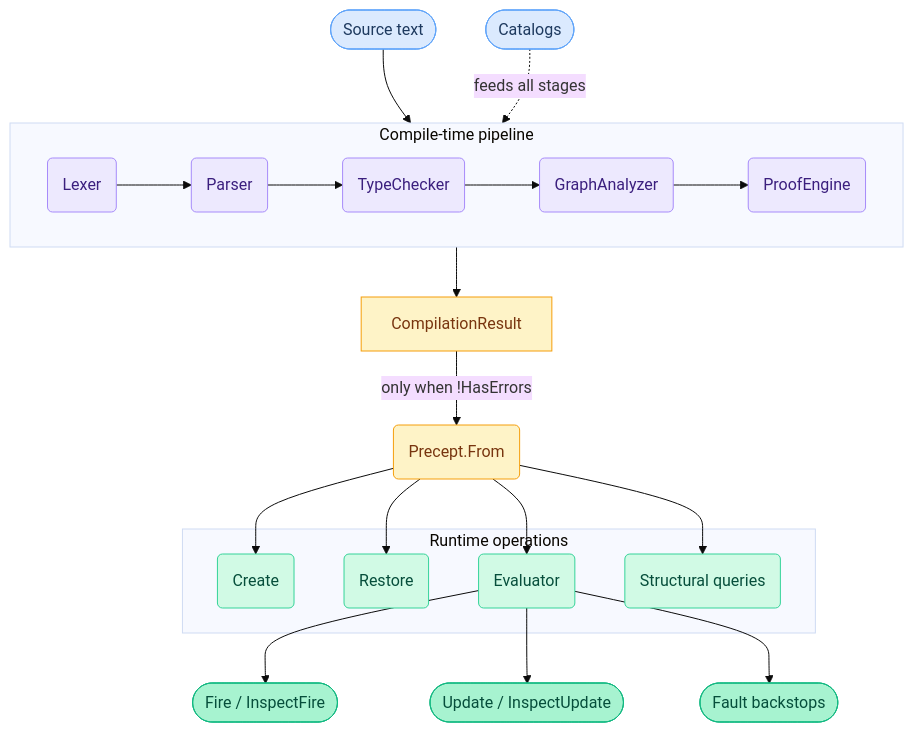
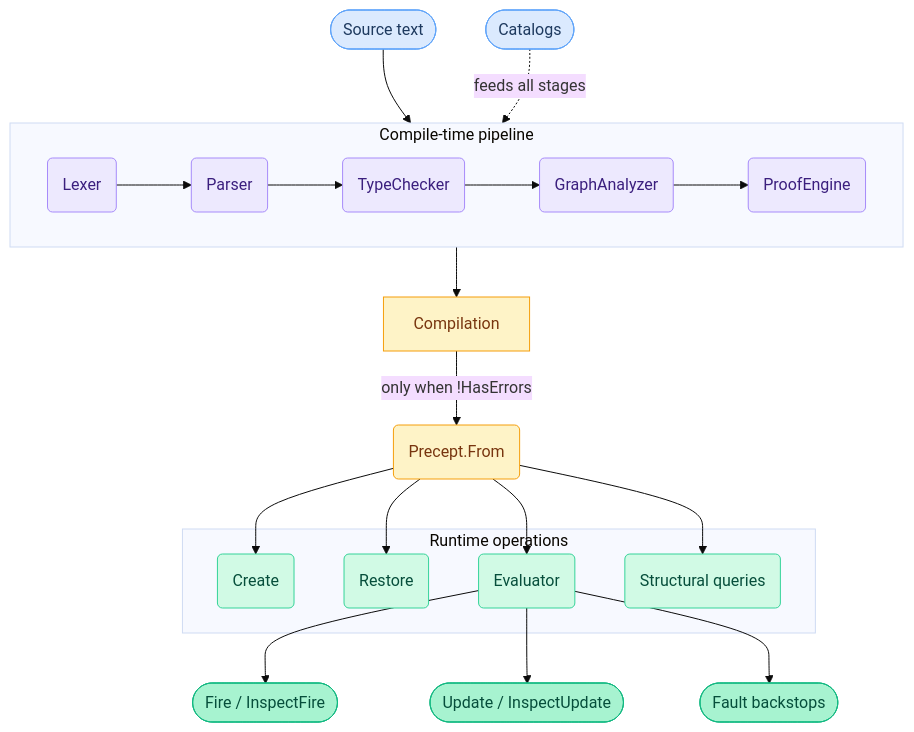
One commit to sfalik/Precept changed the first of 9 diagrams in docs/compiler-and-runtime-design.md. Above: the diagram before and after it, drawn with Mermaid (base theme). The commit also changed other lines of this file, not shown here.

````diff
--- a/docs/compiler-and-runtime-design.md
+++ b/docs/compiler-and-runtime-design.md
@@ -59,38 +59,38 @@
 ```mermaid
 flowchart TD
     classDef input fill:#dbeafe,stroke:#60a5fa,color:#1e3a5f
     classDef stage fill:#ede9fe,stroke:#a78bfa,color:#3b1f7e
     classDef artifact fill:#fef3c7,stroke:#f59e0b,color:#78350f
     classDef runtime fill:#d1fae5,stroke:#34d399,color:#064e3b
     classDef leaf fill:#a7f3d0,stroke:#10b981,color:#064e3b
 
     src([Source text]):::input
     cat([Catalogs]):::input
 
     subgraph compile [Compile-time pipeline]
         direction LR
         L(Lexer):::stage --> P(Parser):::stage --> TC(TypeChecker):::stage --> GA(GraphAnalyzer):::stage --> PE(ProofEngine):::stage
     end
 
     src --> compile
     cat -. feeds all stages .-> compile
 
-    compile --> CR[CompilationResult]:::artifact
+    compile --> CR[Compilation]:::artifact
     CR -- "only when !HasErrors" --> PF(Precept.From):::artifact
 
     subgraph runtime [Runtime operations]
         C(Create):::runtime
         R(Restore):::runtime
         E(Evaluator):::runtime
         SQ(Structural queries):::runtime
     end
 
     PF --> C
     PF --> R
     PF --> E
     PF --> SQ
 
     E --> FI([Fire / InspectFire]):::leaf
     E --> UI([Update / InspectUpdate]):::leaf
     E --> FB([Fault backstops]):::leaf
 ```
````
